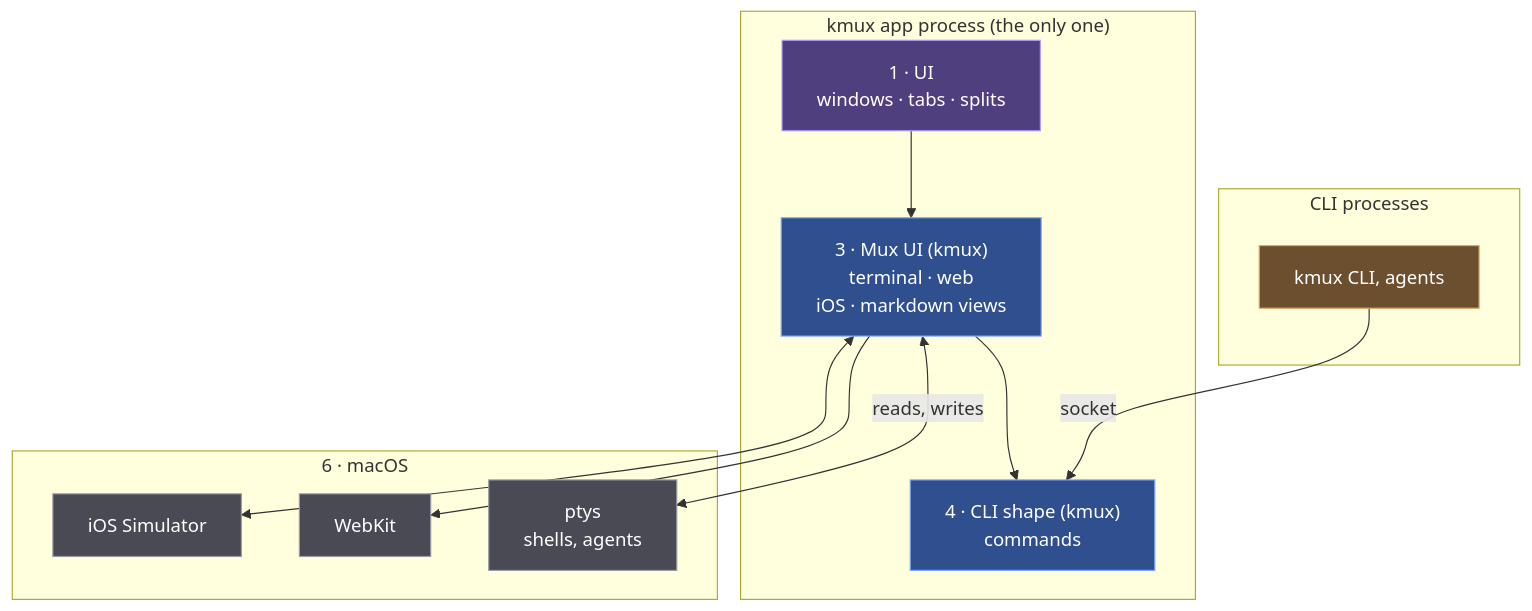
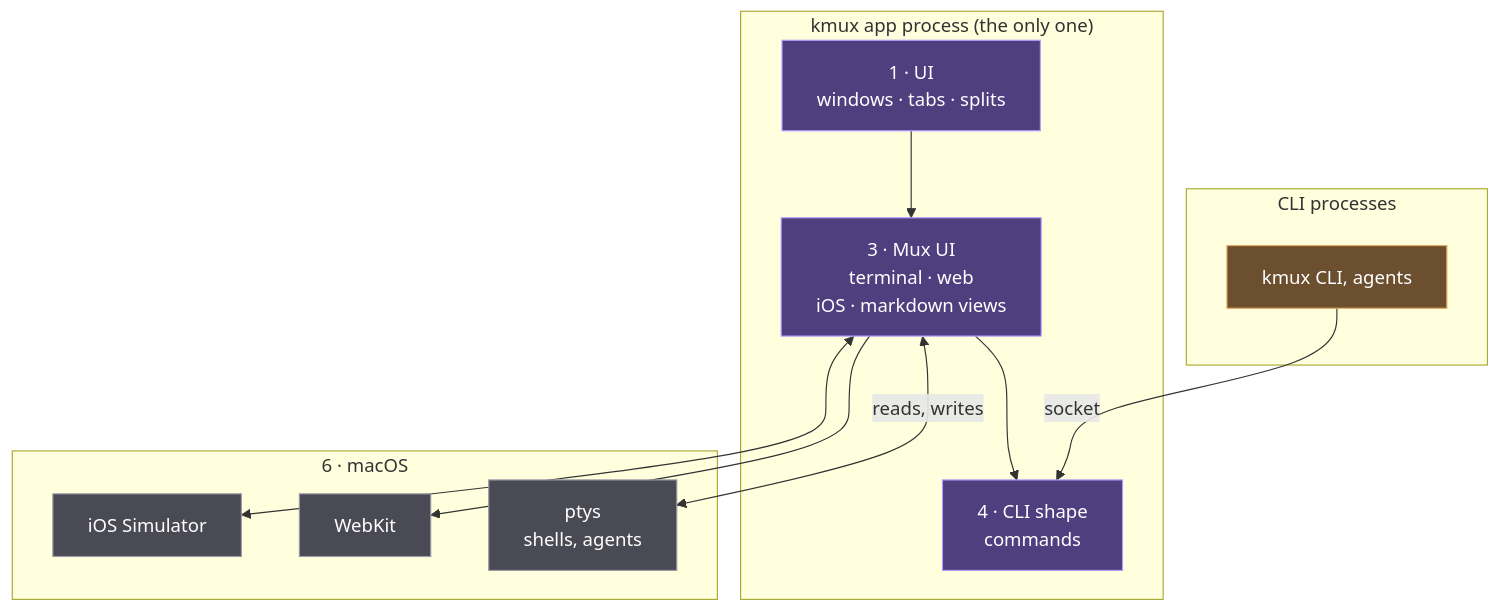
Before and after one commit to jemdiggity/kanna-v4: the second of 8 diagrams in docs/research/mux-architecture.md, drawn with Mermaid. The commit also changed other lines of this file and 1 other file, not shown here.

Commit message:
Mux plan: kmux stays as it is, the reference model; Kanna's mux core is its own (kanna-mux)

````diff
--- a/docs/research/mux-architecture.md
+++ b/docs/research/mux-architecture.md
@@ -88,30 +88,29 @@
 ```mermaid
 flowchart TB
     subgraph CLIP["CLI processes"]
         CLI["kmux CLI, agents"]
     end
     subgraph APP["kmux app process (the only one)"]
         K1["1 · UI<br/>windows · tabs · splits"]
-        K3["3 · Mux UI (kmux)<br/>terminal · web<br/>iOS · markdown views"]
-        K4["4 · CLI shape (kmux)<br/>commands"]
+        K3["3 · Mux UI<br/>terminal · web<br/>iOS · markdown views"]
+        K4["4 · CLI shape<br/>commands"]
         K1 --> K3 --> K4
     end
     subgraph OS["6 · macOS"]
         PTY["ptys<br/>shells, agents"]
         WK["WebKit"]
         SIM["iOS Simulator"]
     end
     CLI -->|"socket"| K4
     K3 <-->|"reads, writes"| PTY
     K3 --> WK
     K3 <--> SIM
     classDef kanna fill:#2f6f4f,stroke:#6fcf97,color:#ffffff
     classDef kmux fill:#2f4f8f,stroke:#7fa7ff,color:#ffffff
     classDef kmuxapp fill:#4f3f7f,stroke:#b39cff,color:#ffffff
     classDef os fill:#4a4a55,stroke:#9a9aa8,color:#ffffff
     classDef ext fill:#6b4f2f,stroke:#e0a960,color:#ffffff
-    class K1 kmuxapp
-    class K3,K4 kmux
+    class K1,K3,K4 kmuxapp
     class PTY,WK,SIM os
     class CLI ext
 ```
````
